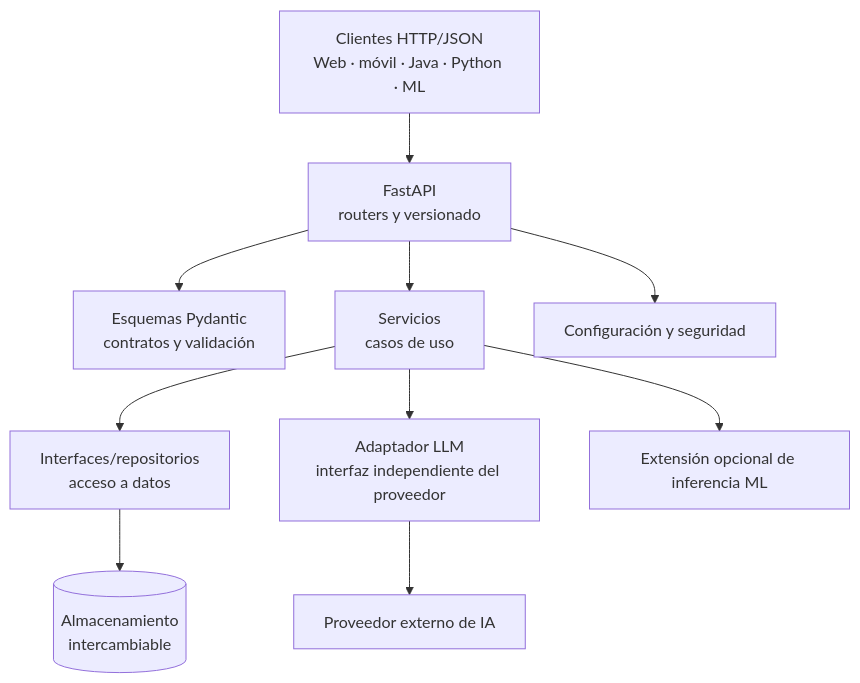
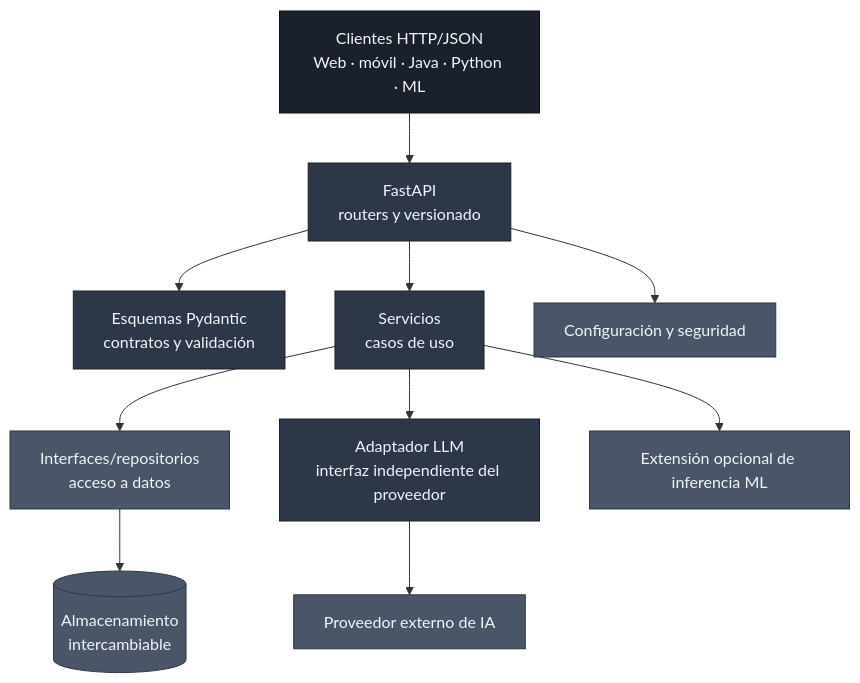
One commit to LenninTemoche/FastAPI-AI-integration-basic changed the first of 2 diagrams in docs/architecture.md. Above: the diagram before and after it, drawn with Mermaid. The commit also changed other lines of this file and 22 other files, not shown here.

````diff
--- a/docs/architecture.md
+++ b/docs/architecture.md
@@ -11,12 +15,23 @@
 ```mermaid
 flowchart TD
     C[Clientes HTTP/JSON<br/>Web · móvil · Java · Python · ML] --> API[FastAPI<br/>routers y versionado]
     API --> SCH[Esquemas Pydantic<br/>contratos y validación]
     API --> SVC[Servicios<br/>casos de uso]
     SVC --> REP[Interfaces/repositorios<br/>acceso a datos]
     REP --> DB[(Almacenamiento<br/>intercambiable)]
     SVC --> LLM[Adaptador LLM<br/>interfaz independiente del proveedor]
     LLM --> EXT[Proveedor externo de IA]
     API --> SEC[Configuración y seguridad]
     SVC --> ML[Extensión opcional de inferencia ML]
+
+    style C fill:#1a202c,stroke:#0d1117,color:#f1f5f9
+    style API fill:#2d3748,stroke:#1a202c,color:#f1f5f9
+    style SCH fill:#2d3748,stroke:#1a202c,color:#f1f5f9
+    style SVC fill:#2d3748,stroke:#1a202c,color:#f1f5f9
+    style REP fill:#4a5568,stroke:#2d3748,color:#f1f5f9
+    style DB fill:#4a5568,stroke:#2d3748,color:#f1f5f9
+    style LLM fill:#2d3748,stroke:#1a202c,color:#f1f5f9
+    style EXT fill:#4a5568,stroke:#2d3748,color:#f1f5f9
+    style SEC fill:#4a5568,stroke:#2d3748,color:#f1f5f9
+    style ML fill:#4a5568,stroke:#2d3748,color:#f1f5f9
 ```
````
